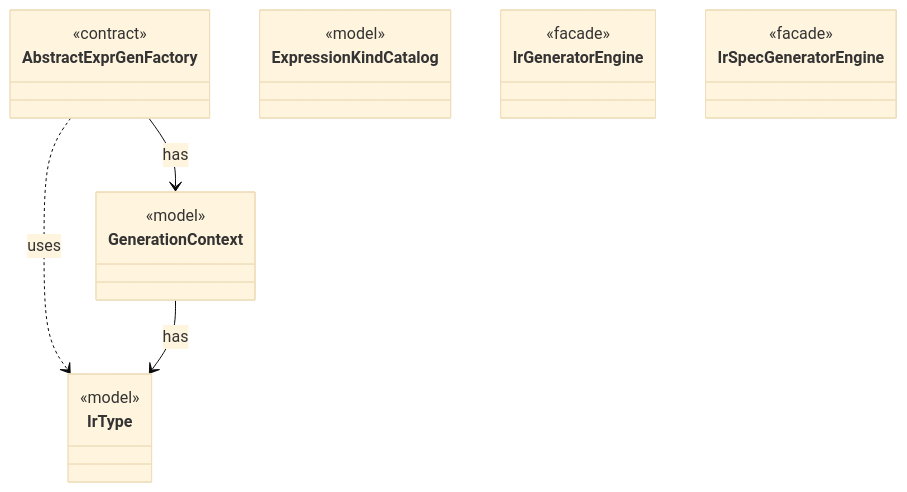
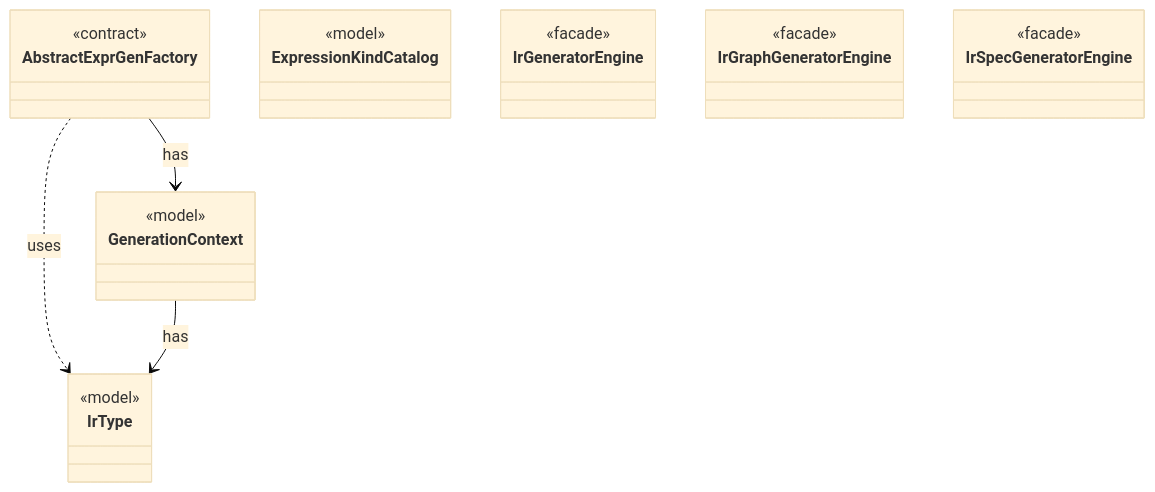
One commit to tlaplus/model-checker-hardening changed the third of 7 diagrams in dev/modules/gen.md. Above: the diagram before and after it, drawn with Mermaid (base theme). The commit also changed other lines of this file and 401 other files, not shown here.

````diff
--- a/dev/modules/gen.md
+++ b/dev/modules/gen.md
@@ -80,24 +83,27 @@
 ```mermaid
 classDiagram
   class AbstractExprGenFactory {
     <<contract>>
   }
   class ExpressionKindCatalog {
     <<model>>
   }
   class GenerationContext {
     <<model>>
   }
   class IrGeneratorEngine {
     <<facade>>
   }
+  class IrGraphGeneratorEngine {
+    <<facade>>
+  }
   class IrSpecGeneratorEngine {
     <<facade>>
   }
   class IrType {
     <<model>>
   }
   AbstractExprGenFactory --> GenerationContext : has
   AbstractExprGenFactory ..> IrType : uses
   GenerationContext --> IrType : has
 ```
````
